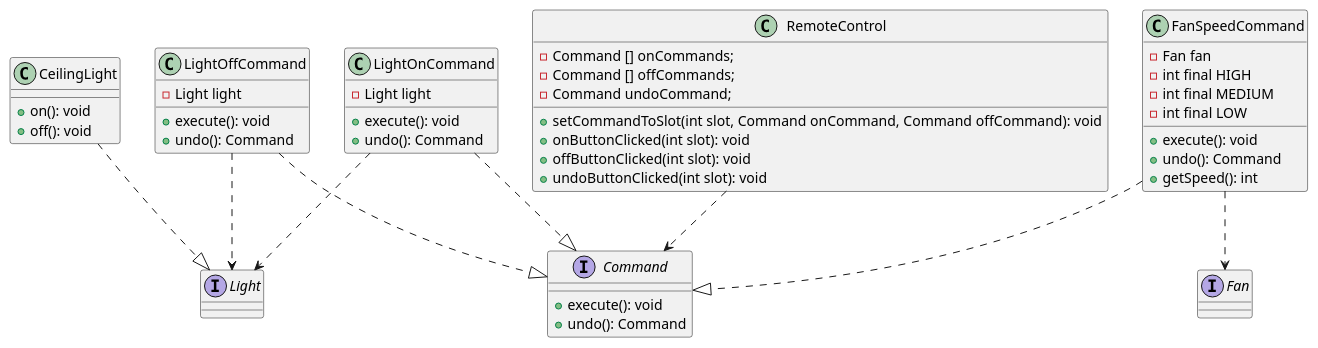
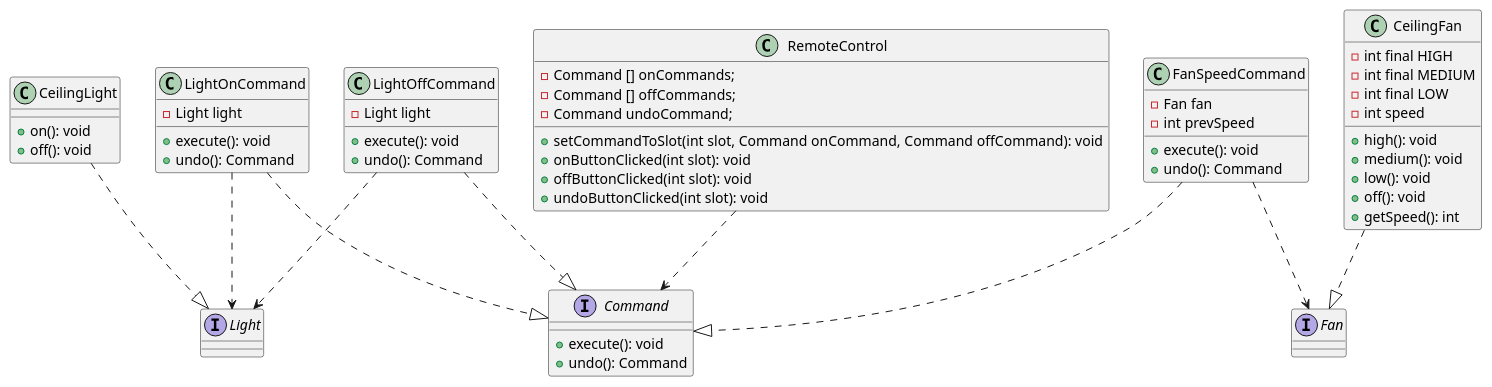
One commit to aamer867/designPatterns changed the diagram in commandPattern/docs/uml/commandPattern.puml. Above: the diagram before and after it, drawn with PlantUML. The commit also changed 12 other files, not shown here.

Commit message:
Add: Fan Speed Commands

```diff
--- a/commandPattern/docs/uml/commandPattern.puml
+++ b/commandPattern/docs/uml/commandPattern.puml
@@ -1,53 +1,63 @@
 @startuml
 interface Light {}
 class CeilingLight {
     + on(): void
     + off(): void
 }
 CeilingLight ..|> Light
 
 class RemoteControl {
     - Command [] onCommands;
     - Command [] offCommands;
     - Command undoCommand;
 
     + setCommandToSlot(int slot, Command onCommand, Command offCommand): void
     + onButtonClicked(int slot): void
     + offButtonClicked(int slot): void
     + undoButtonClicked(int slot): void
 }
 
 interface Command {
     + execute(): void
     + undo(): Command
 }
 RemoteControl ..> Command
 class LightOnCommand {
     - Light light
     + execute(): void
     + undo(): Command
 }
 LightOnCommand ..|> Command
 LightOnCommand ..> Light
 class LightOffCommand {
     - Light light
     + execute(): void
     + undo(): Command
 }
 LightOffCommand ..|> Command
 LightOffCommand ..> Light
 interface Fan {}
-class FanSpeedCommand {
-    - Fan fan
+class CeilingFan {
     - int final HIGH
     - int final MEDIUM
     - int final LOW
+    - int speed
+
+    + high(): void
+    + medium(): void
+    + low(): void
+    + off(): void
+    + getSpeed(): int
+}
+CeilingFan ..|> Fan
+class FanSpeedCommand {
+    - Fan fan
+    - int prevSpeed
 
     + execute(): void
     + undo(): Command
-    + getSpeed(): int
 }
 
 FanSpeedCommand ..|> Command
 FanSpeedCommand ..> Fan
 @enduml
```
